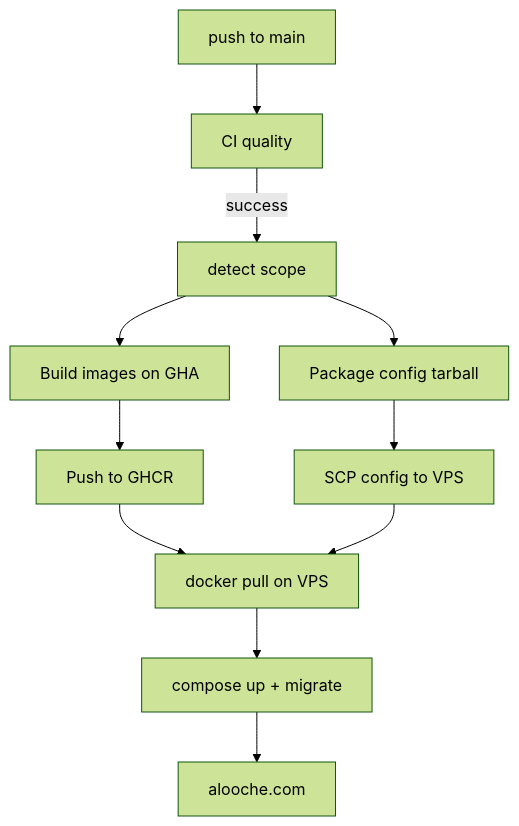
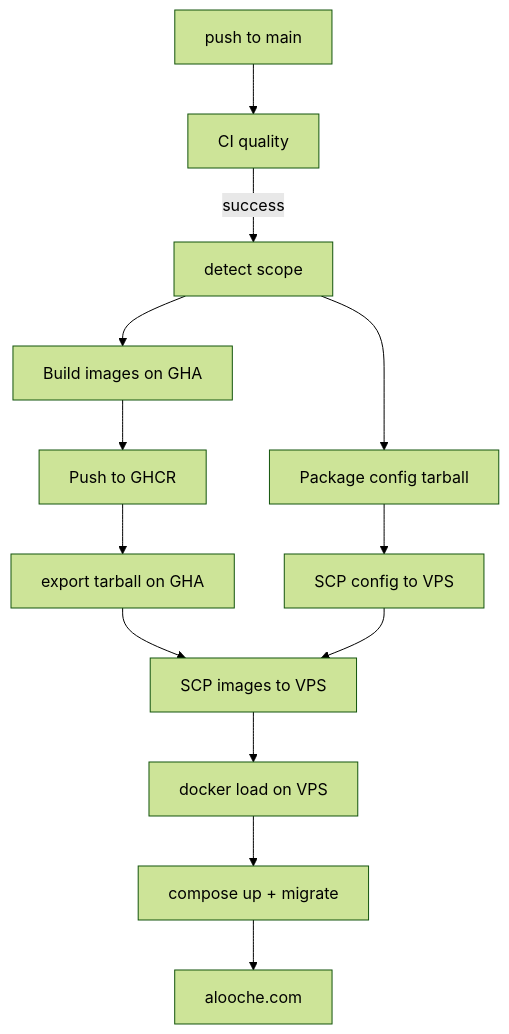
The diagram in docs/CI_CD.md (Labpar000/agahiram-final), drawn with Mermaid (forest theme) before and after one commit. The commit also changed other lines of this file and 1 other file, not shown here.

Commit message:
fix(ci): transfer Docker images to VPS when GHCR unreachable

````diff
--- a/docs/CI_CD.md
+++ b/docs/CI_CD.md
@@ -9,13 +9,15 @@
 ```mermaid
 flowchart TD
   push[push to main] --> ci[CI quality]
   ci -->|success| scope[detect scope]
   scope --> build[Build images on GHA]
   build --> ghcr[Push to GHCR]
   scope --> config[Package config tarball]
   config --> scp[SCP config to VPS]
-  ghcr --> pull[docker pull on VPS]
-  scp --> pull
-  pull --> up[compose up + migrate]
+  ghcr --> export[export tarball on GHA]
+  export --> scpImg[SCP images to VPS]
+  scp --> scpImg
+  scpImg --> load[docker load on VPS]
+  load --> up[compose up + migrate]
   up --> live[alooche.com]
 ```
````
